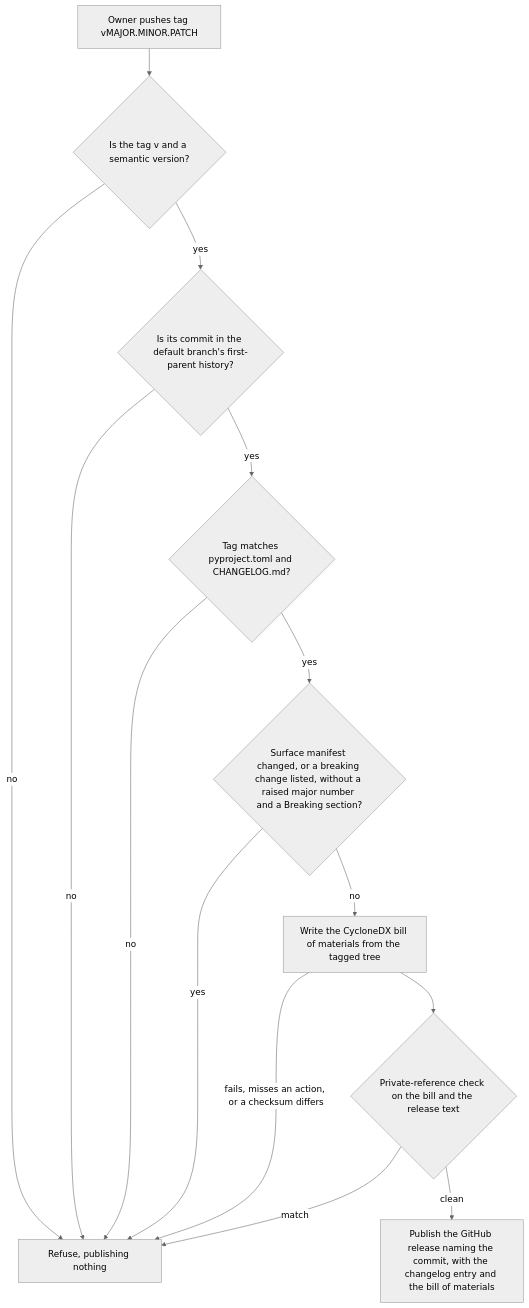
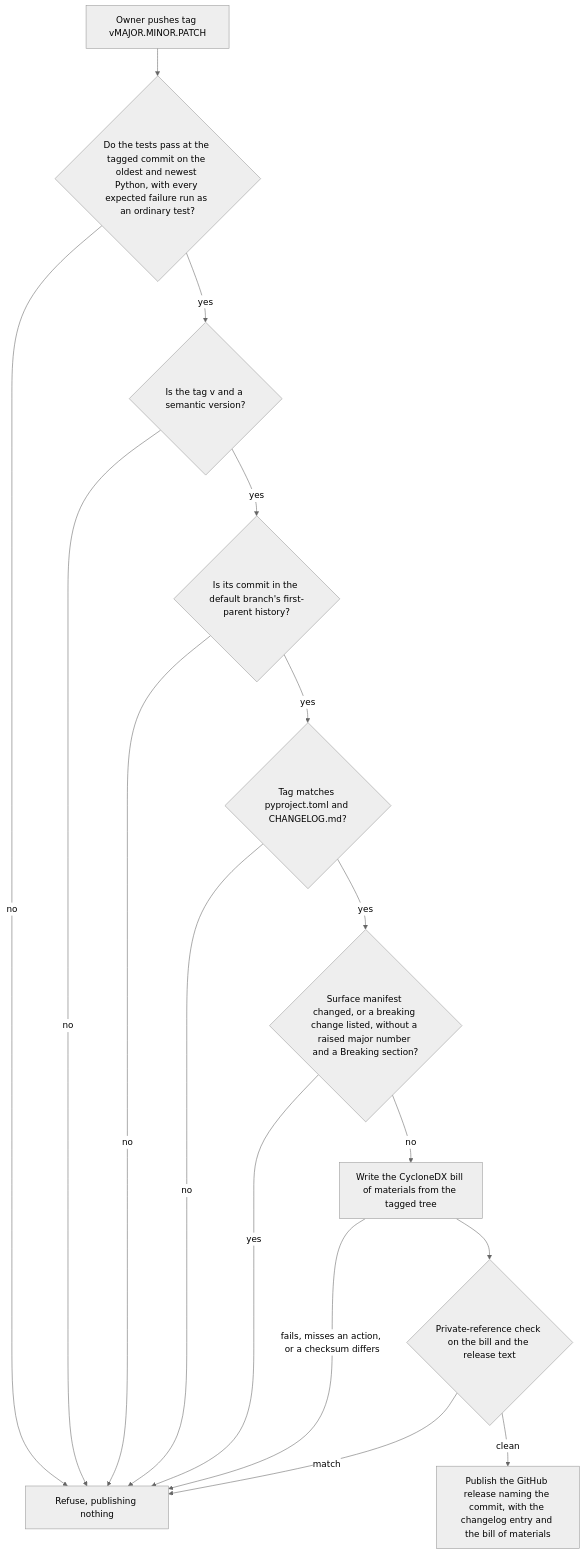
The seventh of 7 diagrams in docs/how-it-works.md (niko-kotiniemi-personal/agentic-pr-cost-calculator), drawn with Mermaid (neutral theme) before and after one commit. The commit also changed other lines of this file and 20 other files, not shown here.

````diff
--- a/docs/how-it-works.md
+++ b/docs/how-it-works.md
@@ -180,16 +180,18 @@
 ```mermaid
 flowchart TD
-  A[Owner pushes tag vMAJOR.MINOR.PATCH] --> T{Is the tag v and a semantic version?}
-  T -->|no| X[Refuse, publishing nothing]
+  A[Owner pushes tag vMAJOR.MINOR.PATCH] --> Q{Do the tests pass at the tagged commit on the oldest and newest Python, with every expected failure run as an ordinary test?}
+  Q -->|no| X[Refuse, publishing nothing]
+  Q -->|yes| T{Is the tag v and a semantic version?}
+  T -->|no| X
   T -->|yes| B{Is its commit in the default branch's first-parent history?}
   B -->|no| X
   B -->|yes| C{Tag matches pyproject.toml and CHANGELOG.md?}
   C -->|no| X
   C -->|yes| S{Surface manifest changed, or a breaking change listed, without a raised major number and a Breaking section?}
   S -->|yes| X
   S -->|no| D[Write the CycloneDX bill of materials from the tagged tree]
   D -->|fails, misses an action, or a checksum differs| X
   D --> P{Private-reference check on the bill and the release text}
   P -->|match| X
   P -->|clean| E[Publish the GitHub release naming the commit, with the changelog entry and the bill of materials]
 ```
````
